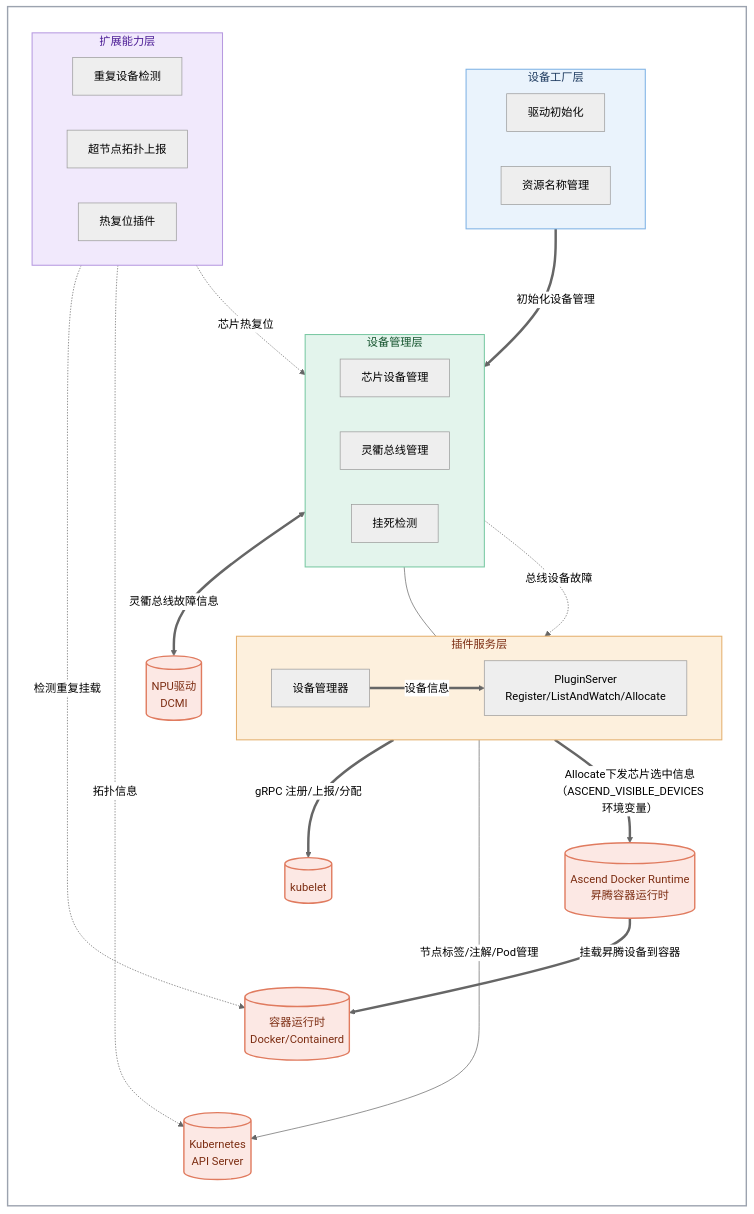
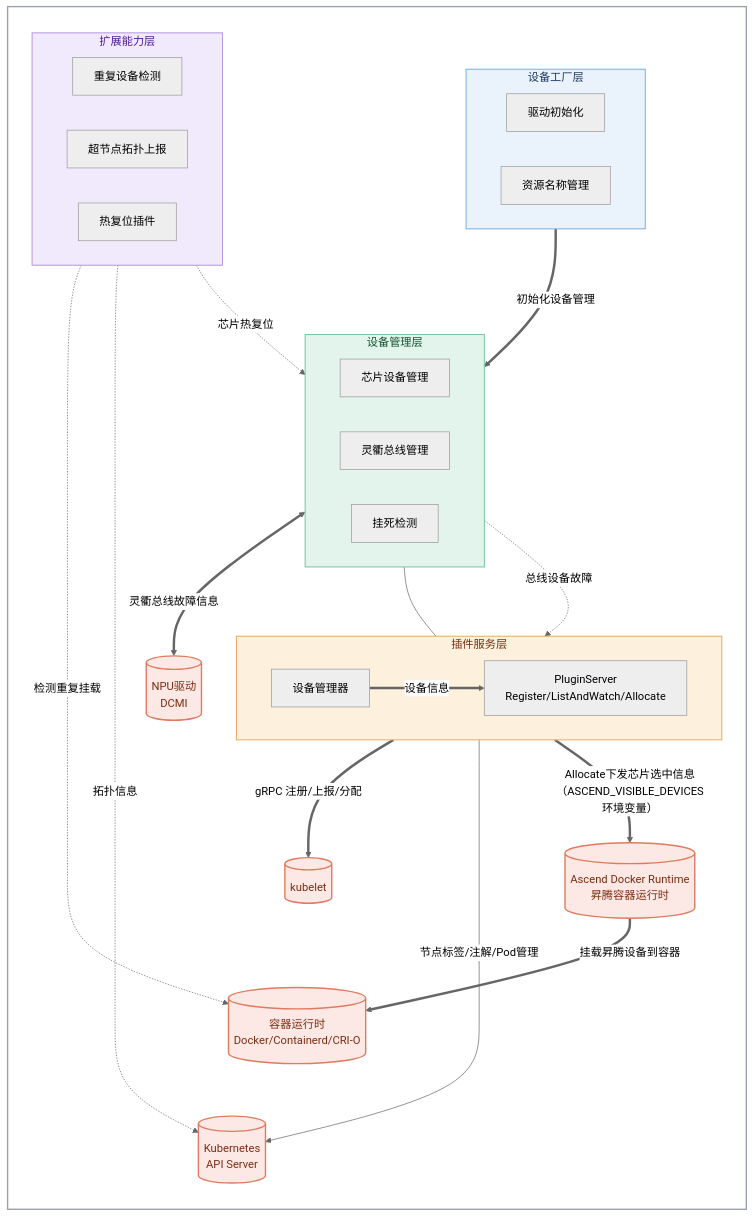
One commit to Ascend/mind-cluster changed the diagram in component/ascend-device-plugin/README.md. Above: the diagram before and after it, drawn with Mermaid (neutral theme). The commit also changed other lines of this file and 14 other files, not shown here.

````diff
--- a/component/ascend-device-plugin/README.md
+++ b/component/ascend-device-plugin/README.md
@@ -37,62 +37,62 @@
 ```mermaid
 flowchart TB
     subgraph dp[" "]
         direction TB
 
         subgraph factory["设备工厂层"]
             direction LR
             F1["驱动初始化"]
             F2["资源名称管理"]
         end
 
         subgraph dev["设备管理层"]
             direction LR
             D1["芯片设备管理"]
             D2["灵衢总线管理"]
             D3["挂死检测"]
         end
 
         subgraph srv["插件服务层"]
             direction LR
             S1["PluginServer<br/>Register/ListAndWatch/Allocate"]
             S2["设备管理器"]
         end
 
         subgraph ext["扩展能力层"]
             direction LR
             E1["重复设备检测"]
             E2["超节点拓扑上报"]
             E3["热复位插件"]
         end
 
         KUBELET[("kubelet")]
         DCMI[("NPU驱动<br/>DCMI")]
-        CRI[("容器运行时<br/>Docker/Containerd")]
+        CRI[("容器运行时<br/>Docker/Containerd/CRI-O")]
         ADR[("Ascend Docker Runtime<br/>昇腾容器运行时")]
         APISERVER[("Kubernetes<br/>API Server")]
     end
 
     F1 ==>|"初始化设备管理"| D1
     D1 --- S2
     D2 <==>|"灵衢总线故障信息"| DCMI
     S2 ==>|"设备信息"| S1
     S1 ==>|"gRPC 注册/上报/分配"| KUBELET
     D2 -.->|"总线设备故障"| S2
     E3 -.->|"芯片热复位"| D1
     E1 -.->|"检测重复挂载"| CRI
     E2 -.->|"拓扑信息"| APISERVER
     S2 ---->|"节点标签/注解/Pod管理"| APISERVER
     S1 ==>|"Allocate下发芯片选中信息<br/>（ASCEND_VISIBLE_DEVICES环境变量）"| ADR
     ADR ==>|"挂载昇腾设备到容器"| CRI
 
     style dp fill:#ffffff,stroke:#9ca3af,stroke-width:2px,color:#111827
     style factory fill:#eaf3fc,stroke:#7fb2e5,stroke-width:1.5px,color:#1e3a5f
     style dev fill:#e3f4ec,stroke:#7ac9a3,stroke-width:1.5px,color:#14532d
     style srv fill:#fdf0dd,stroke:#e5b06e,stroke-width:1.5px,color:#7c2d12
     style ext fill:#f1e9fc,stroke:#b79ae0,stroke-width:1.5px,color:#4c1d95
     style KUBELET fill:#fce8e4,stroke:#e07b5f,stroke-width:2px,color:#7c2d12
     style DCMI fill:#fce8e4,stroke:#e07b5f,stroke-width:2px,color:#7c2d12
     style CRI fill:#fce8e4,stroke:#e07b5f,stroke-width:2px,color:#7c2d12
     style ADR fill:#fce8e4,stroke:#e07b5f,stroke-width:2px,color:#7c2d12
     style APISERVER fill:#fce8e4,stroke:#e07b5f,stroke-width:2px,color:#7c2d12
 ```
````
